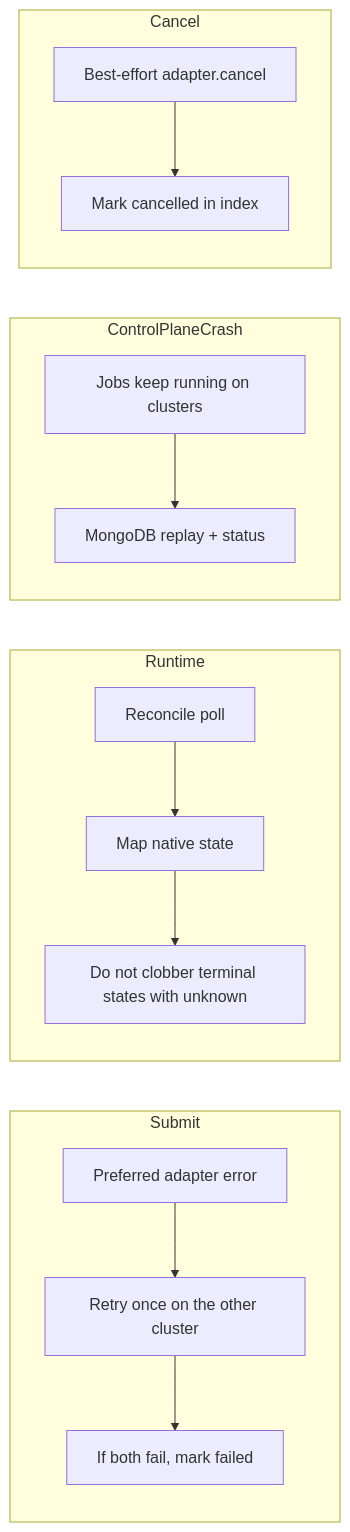
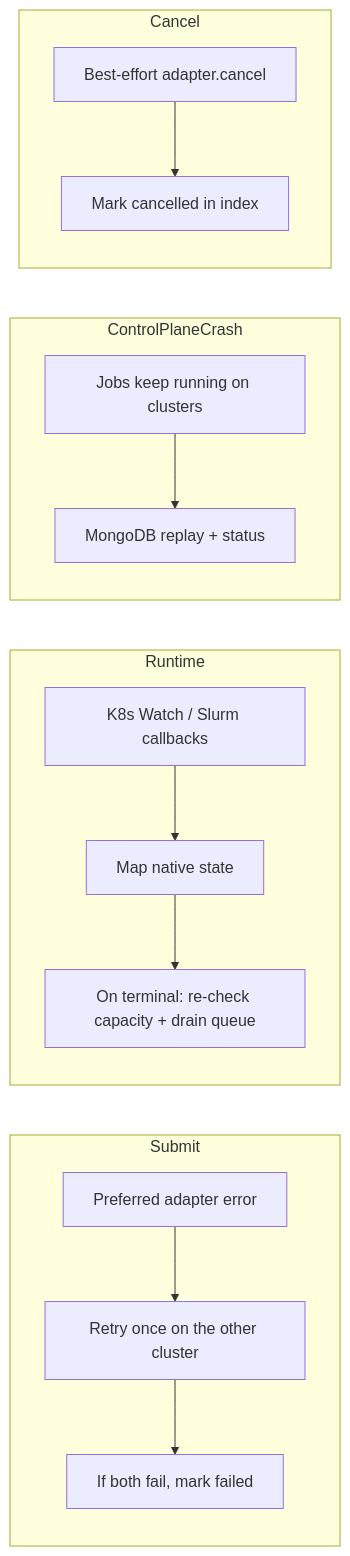
The fifth of 6 diagrams in ARCHITECTURE.md (amanak4/HCP), drawn with Mermaid before and after one commit. The commit also changed other lines of this file and 22 other files, not shown here.

````diff
--- a/ARCHITECTURE.md
+++ b/ARCHITECTURE.md
@@ -164,20 +170,20 @@
 ```mermaid
 flowchart LR
   subgraph Submit
     S1[Preferred adapter error] --> S2[Retry once on the other cluster]
     S2 --> S3[If both fail, mark failed]
   end
 
   subgraph Runtime
-    R1[Reconcile poll] --> R2[Map native state]
-    R2 --> R3[Do not clobber terminal states with unknown]
+    R1[K8s Watch / Slurm callbacks] --> R2[Map native state]
+    R2 --> R3[On terminal: re-check capacity + drain queue]
   end
 
   subgraph ControlPlaneCrash
     C1[Jobs keep running on clusters] --> C2[MongoDB replay + status]
   end
 
   subgraph Cancel
     X1[Best-effort adapter.cancel] --> X2[Mark cancelled in index]
   end
 ```
````
